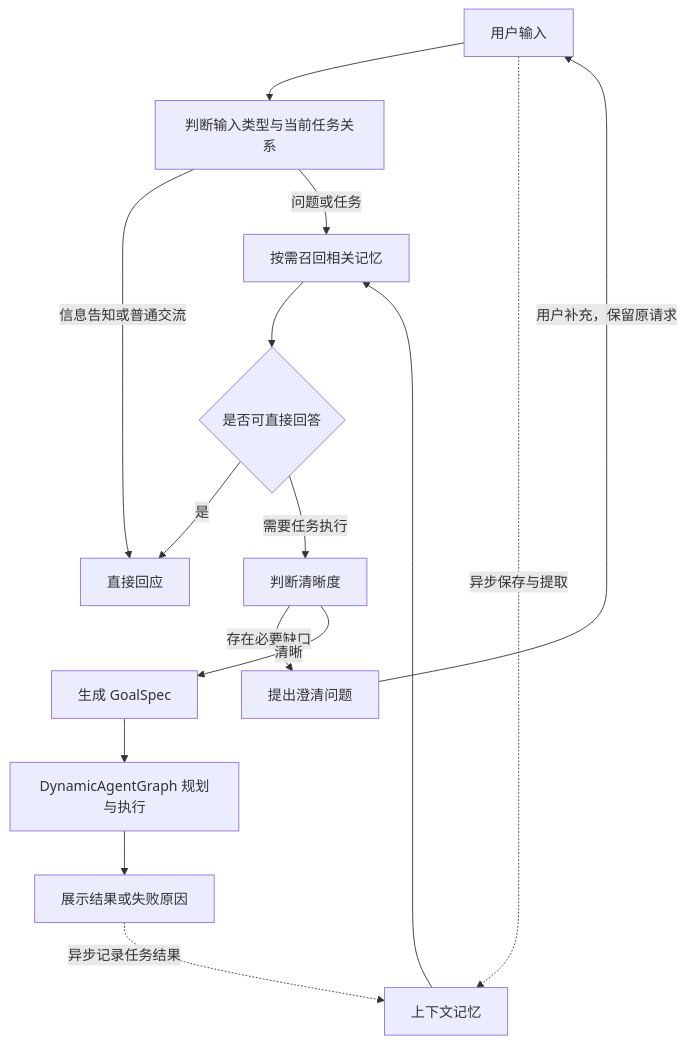
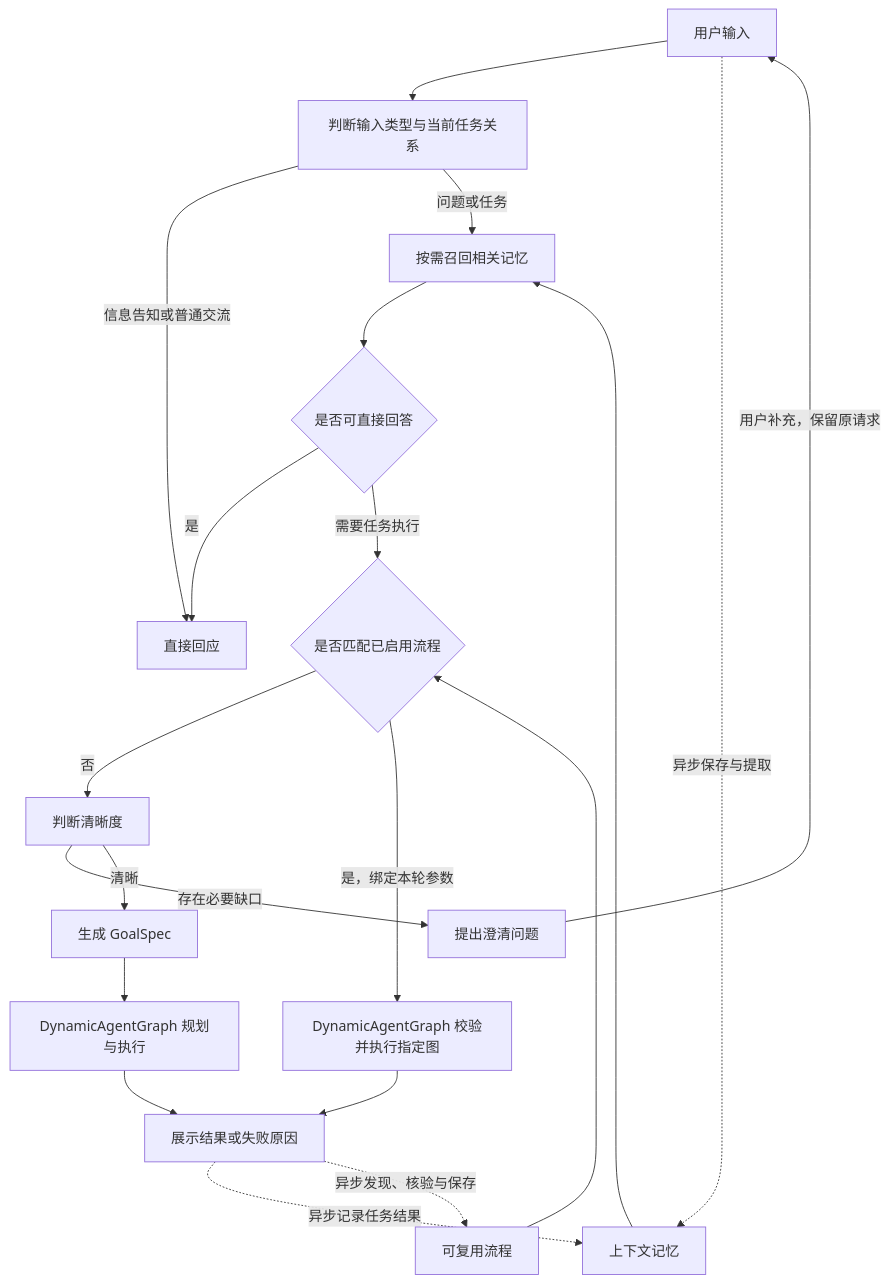
The diagram in README_cn.md (DavidLiuXh/Karen), drawn with Mermaid before and after one commit. The commit also changed other lines of this file and 18 other files, not shown here.

````diff
--- a/README_cn.md
+++ b/README_cn.md
@@ -38,17 +39,22 @@
 ```mermaid
 flowchart TD
     U[用户输入] --> R[判断输入类型与当前任务关系]
     R -->|信息告知或普通交流| A[直接回应]
     R -->|问题或任务| M[按需召回相关记忆]
     M --> D{是否可直接回答}
     D -->|是| A
-    D -->|需要任务执行| C[判断清晰度]
+    D -->|需要任务执行| W{是否匹配已启用流程}
+    W -->|否| C[判断清晰度]
+    W -->|是，绑定本轮参数| X[DynamicAgentGraph 校验并执行指定图]
+    X --> O
     C -->|存在必要缺口| Q[提出澄清问题]
     Q -->|用户补充，保留原请求| U
     C -->|清晰| G[生成 GoalSpec]
     G --> E[DynamicAgentGraph 规划与执行]
     E --> O[展示结果或失败原因]
     U -. 异步保存与提取 .-> K[上下文记忆]
     O -. 异步记录任务结果 .-> K
+    O -. 异步发现、核验与保存 .-> F[可复用流程]
+    F --> W
     K --> M
 ```
````
